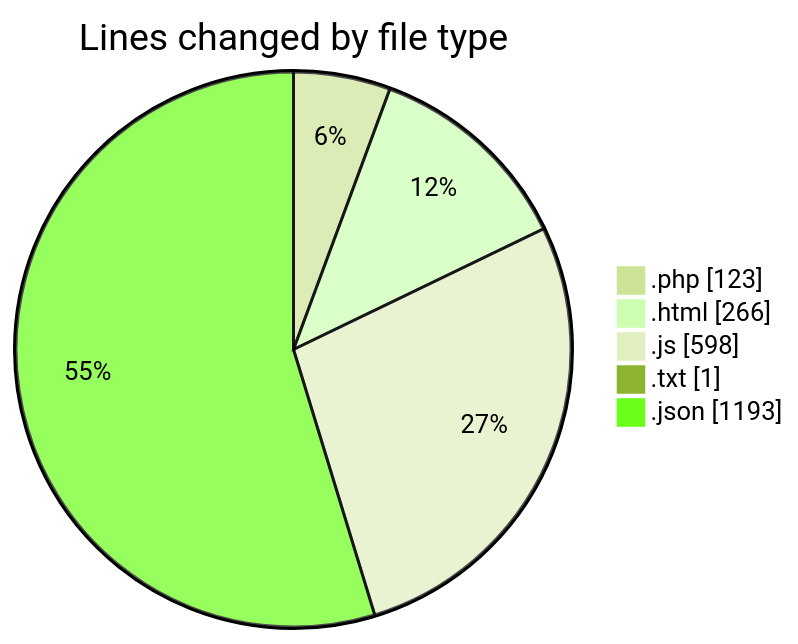
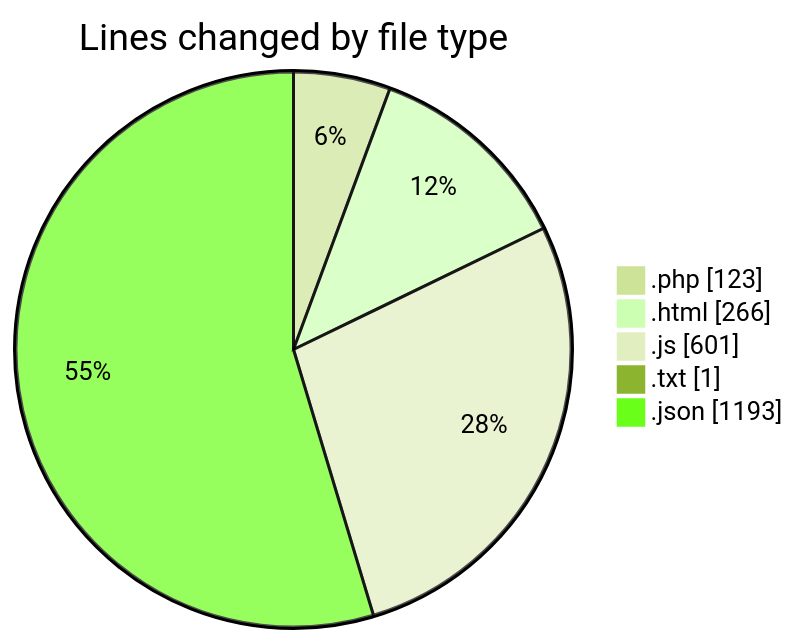
One commit to lephambinh05/code-tracking changed the first of 2 diagrams in 2025-08-10/getmailotp/README.md. Above: the diagram before and after it, drawn with Mermaid (forest theme). The commit also changed other lines of this file and 1 other file, not shown here.

````diff
--- a/2025-08-10/getmailotp/README.md
+++ b/2025-08-10/getmailotp/README.md
@@ -26,9 +26,9 @@
 ```mermaid
 pie showData
 title Lines changed by file type
 ".php" : 123
 ".html" : 266
-".js" : 598
+".js" : 601
 ".txt" : 1
 ".json" : 1193
 ```
````
